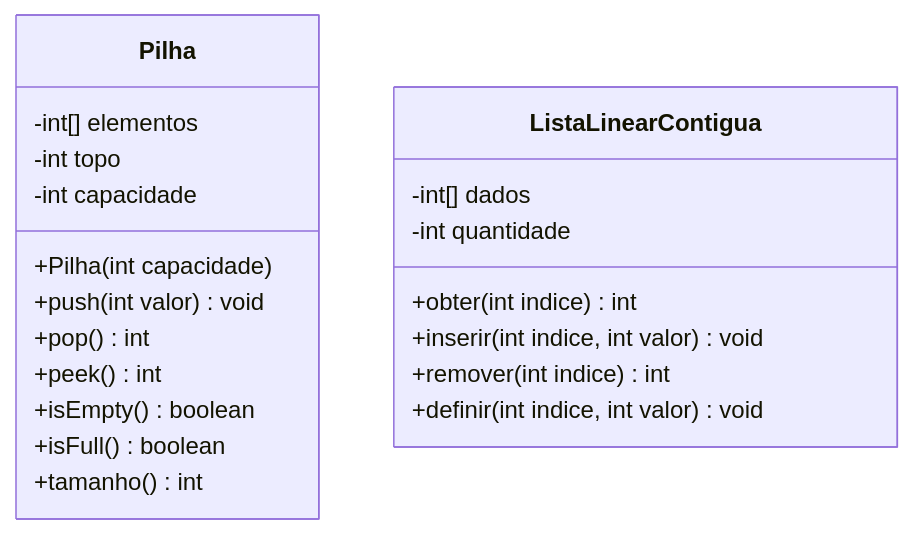
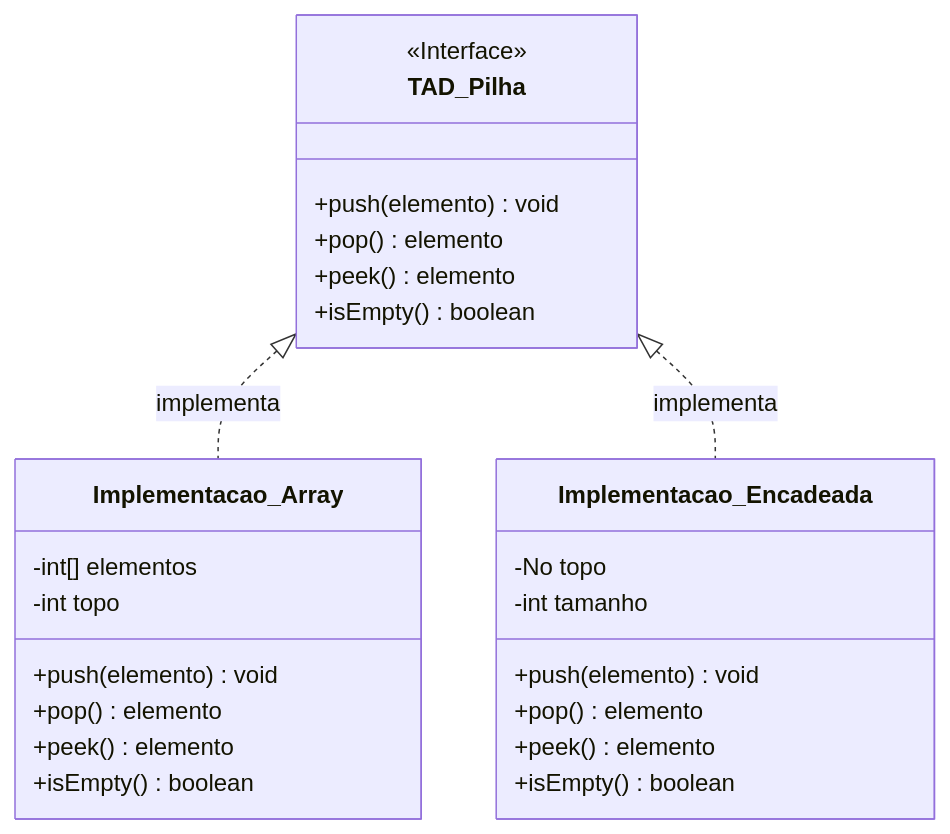
One commit to murilolol/unifef changed the sixth of 35 diagrams in 4º Semestre/[Prof. Wesley Soares] Estrutura de Dados I/Resumos-IA/Simulados-Comentados.md. Above: the diagram before and after it, drawn with Mermaid. The commit also changed other lines of this file and 18 other files, not shown here.

````diff
--- a/4º Semestre/[Prof. Wesley Soares] Estrutura de Dados I/Resumos-IA/Simulados-Comentados.md
+++ b/4º Semestre/[Prof. Wesley Soares] Estrutura de Dados I/Resumos-IA/Simulados-Comentados.md
@@ -229,23 +474,28 @@
 ```mermaid
 classDiagram
-    class Pilha {
-        -int[] elementos
-        -int topo
-        -int capacidade
-        +Pilha(int capacidade)
-        +push(int valor) void
-        +pop() int
-        +peek() int
-        +isEmpty() boolean
-        +isFull() boolean
-        +tamanho() int
-    }
-    class ListaLinearContigua {
-        -int[] dados
-        -int quantidade
-        +obter(int indice) int
-        +inserir(int indice, int valor) void
-        +remover(int indice) int
-        +definir(int indice, int valor) void
-    }
+  class TAD_Pilha {
+    <<Interface>>
+    +push(elemento) void
+    +pop() elemento
+    +peek() elemento
+    +isEmpty() boolean
+  }
+  class Implementacao_Array {
+    -int[] elementos
+    -int topo
+    +push(elemento) void
+    +pop() elemento
+    +peek() elemento
+    +isEmpty() boolean
+  }
+  class Implementacao_Encadeada {
+    -No topo
+    -int tamanho
+    +push(elemento) void
+    +pop() elemento
+    +peek() elemento
+    +isEmpty() boolean
+  }
+  TAD_Pilha <|.. Implementacao_Array : implementa
+  TAD_Pilha <|.. Implementacao_Encadeada : implementa
 ```
````
